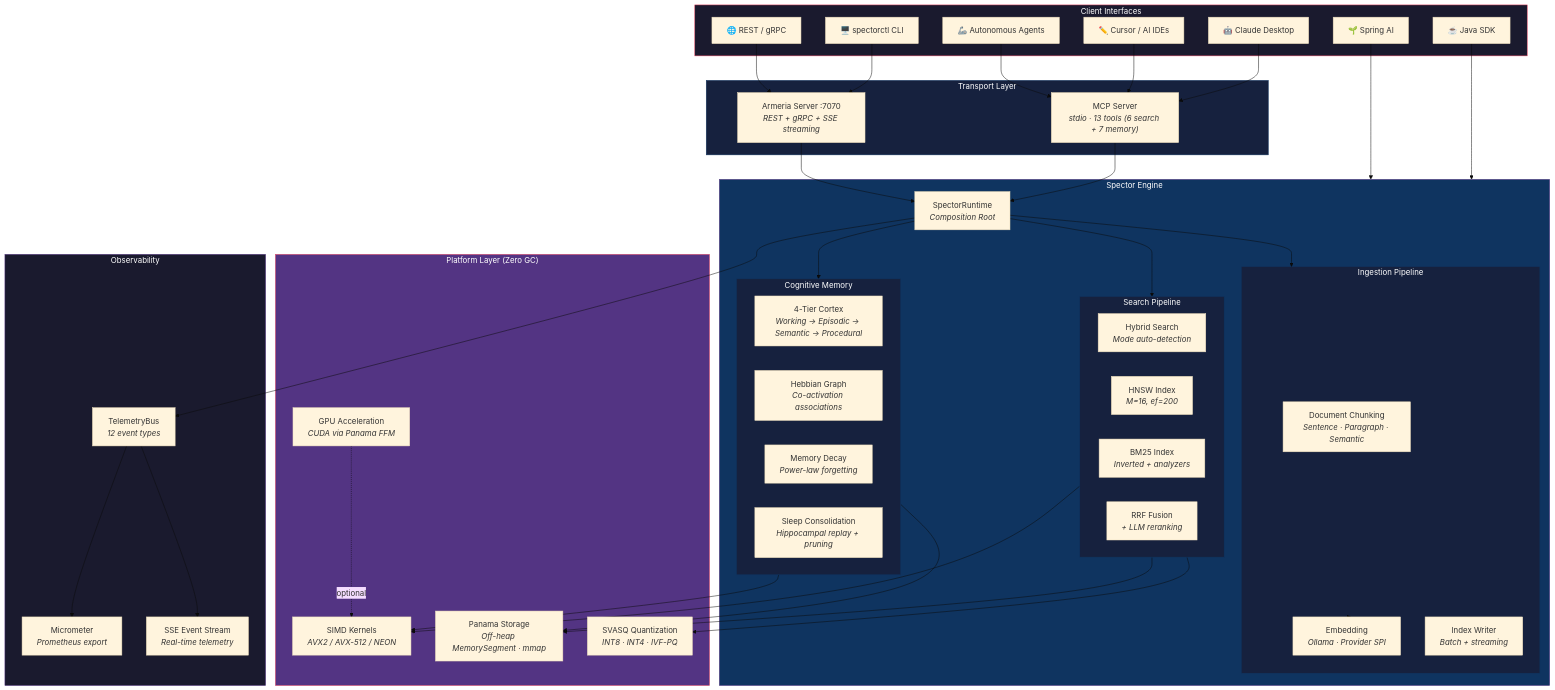
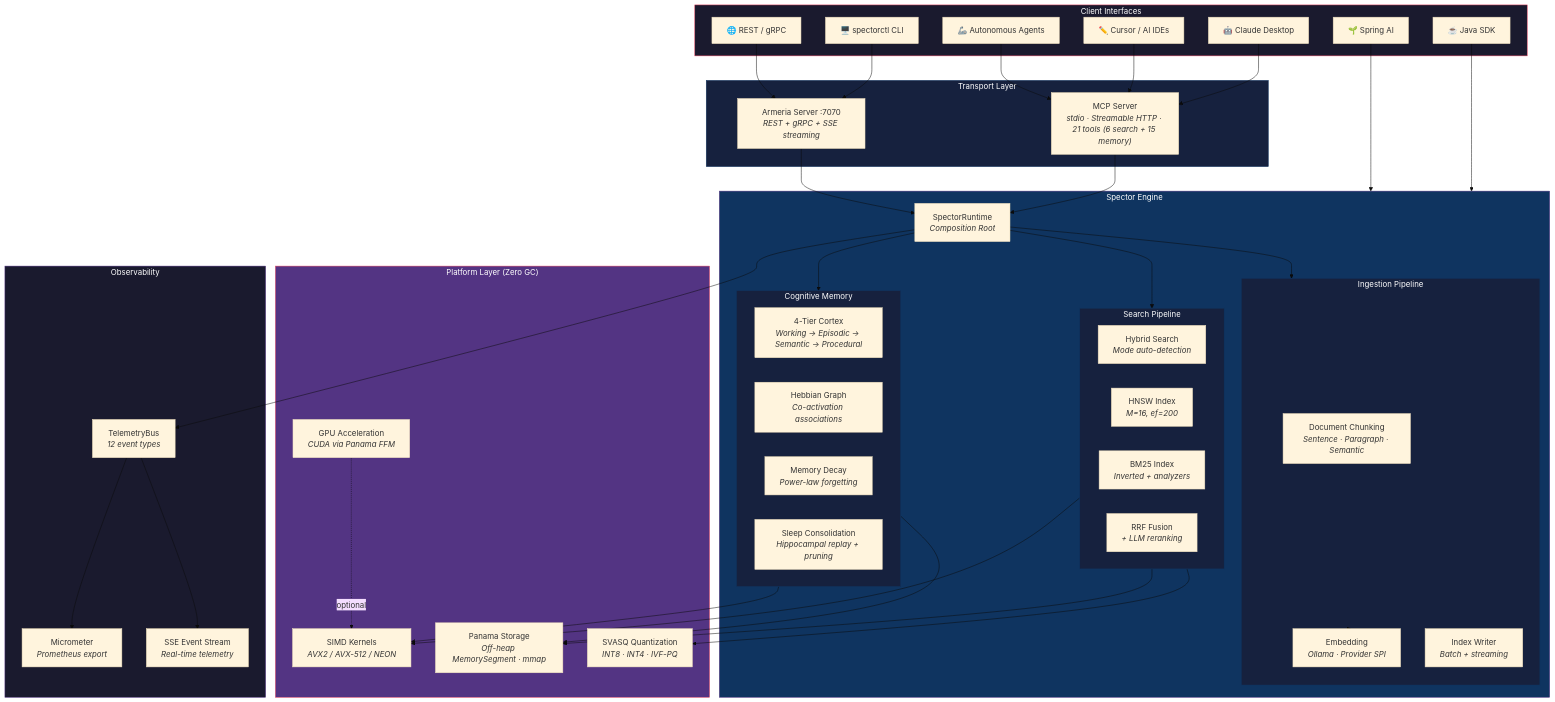
Before and after one commit to spectrayan/spector: the first of 11 diagrams in docs/docs/architecture/overview.md, drawn with Mermaid (base theme). The commit also changed other lines of this file and 38 other files, not shown here.

First line of the commit message:
docs(memory): replace implementation details with functional diagrams and product-focused content (#33)

````diff
--- a/docs/docs/architecture/overview.md
+++ b/docs/docs/architecture/overview.md
@@ -14,79 +14,79 @@
 ```mermaid
 graph TB
     subgraph Clients["Client Interfaces"]
         claude["🤖 Claude Desktop"]
         cursor["✏️ Cursor / AI IDEs"]
         agents["🦾 Autonomous Agents"]
         sdk["☕ Java SDK"]
         spring["🌱 Spring AI"]
         cli["🖥️ spectorctl CLI"]
         rest["🌐 REST / gRPC"]
     end
 
     subgraph Transport["Transport Layer"]
-        mcp["MCP Server<br/><i>stdio · 13 tools (6 search + 7 memory)</i>"]
+        mcp["MCP Server<br/><i>stdio · Streamable HTTP · 21 tools (6 search + 15 memory)</i>"]
         armeria["Armeria Server :7070<br/><i>REST + gRPC + SSE streaming</i>"]
     end
 
     subgraph Engine["Spector Engine"]
         runtime["SpectorRuntime<br/><i>Composition Root</i>"]
 
         subgraph Search["Search Pipeline"]
             hybrid["Hybrid Search<br/><i>Mode auto-detection</i>"]
             hnsw["HNSW Index<br/><i>M=16, ef=200</i>"]
             bm25["BM25 Index<br/><i>Inverted + analyzers</i>"]
             rrf["RRF Fusion<br/><i>+ LLM reranking</i>"]
         end
 
         subgraph Memory["Cognitive Memory"]
             cortex["4-Tier Cortex<br/><i>Working → Episodic → Semantic → Procedural</i>"]
             hebbian["Hebbian Graph<br/><i>Co-activation associations</i>"]
             decay["Memory Decay<br/><i>Power-law forgetting</i>"]
             consolidation["Sleep Consolidation<br/><i>Hippocampal replay + pruning</i>"]
         end
 
         subgraph Ingest["Ingestion Pipeline"]
             chunking["Document Chunking<br/><i>Sentence · Paragraph · Semantic</i>"]
             embedding["Embedding<br/><i>Ollama · Provider SPI</i>"]
             indexing["Index Writer<br/><i>Batch + streaming</i>"]
         end
     end
 
     subgraph Platform["Platform Layer (Zero GC)"]
         simd["SIMD Kernels<br/><i>AVX2 / AVX-512 / NEON</i>"]
         panama["Panama Storage<br/><i>Off-heap MemorySegment · mmap</i>"]
         quant["SVASQ Quantization<br/><i>INT8 · INT4 · IVF-PQ</i>"]
         gpu["GPU Acceleration<br/><i>CUDA via Panama FFM</i>"]
     end
 
     subgraph Observe["Observability"]
         events["TelemetryBus<br/><i>12 event types</i>"]
         metrics["Micrometer<br/><i>Prometheus export</i>"]
         sse["SSE Event Stream<br/><i>Real-time telemetry</i>"]
     end
 
     claude & cursor & agents --> mcp
     sdk & spring --> Engine
     cli & rest --> armeria
     mcp & armeria --> runtime
 
     runtime --> Search & Memory & Ingest
 
     Search --> simd & panama & quant
     Memory --> simd & panama
     Ingest --> embedding
 
     runtime --> events
     events --> metrics & sse
 
     gpu -.->|optional| simd
 
     style Clients fill:#1a1a2e,stroke:#e94560,color:#fff
     style Transport fill:#16213e,stroke:#0f3460,color:#fff
     style Engine fill:#0f3460,stroke:#533483,color:#fff
     style Platform fill:#533483,stroke:#e94560,color:#fff
     style Observe fill:#1a1a2e,stroke:#533483,color:#fff
     style Search fill:#16213e,stroke:#0f3460,color:#fff
     style Memory fill:#16213e,stroke:#0f3460,color:#fff
     style Ingest fill:#16213e,stroke:#0f3460,color:#fff
 ```
````
